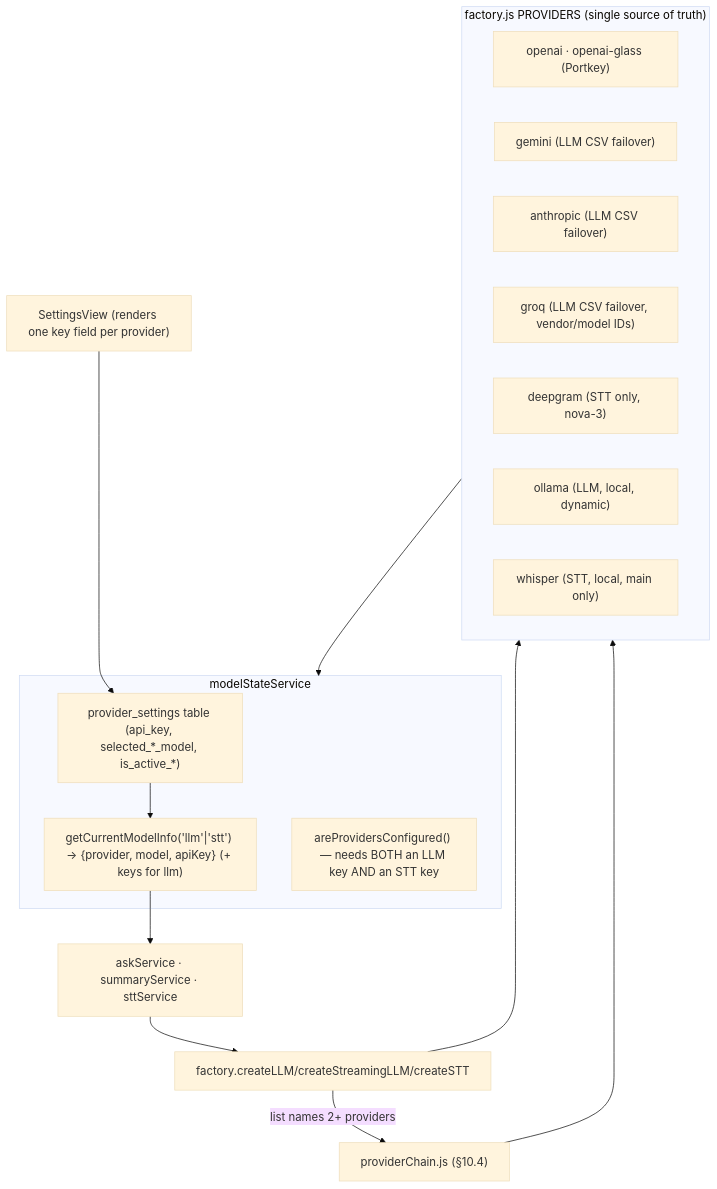
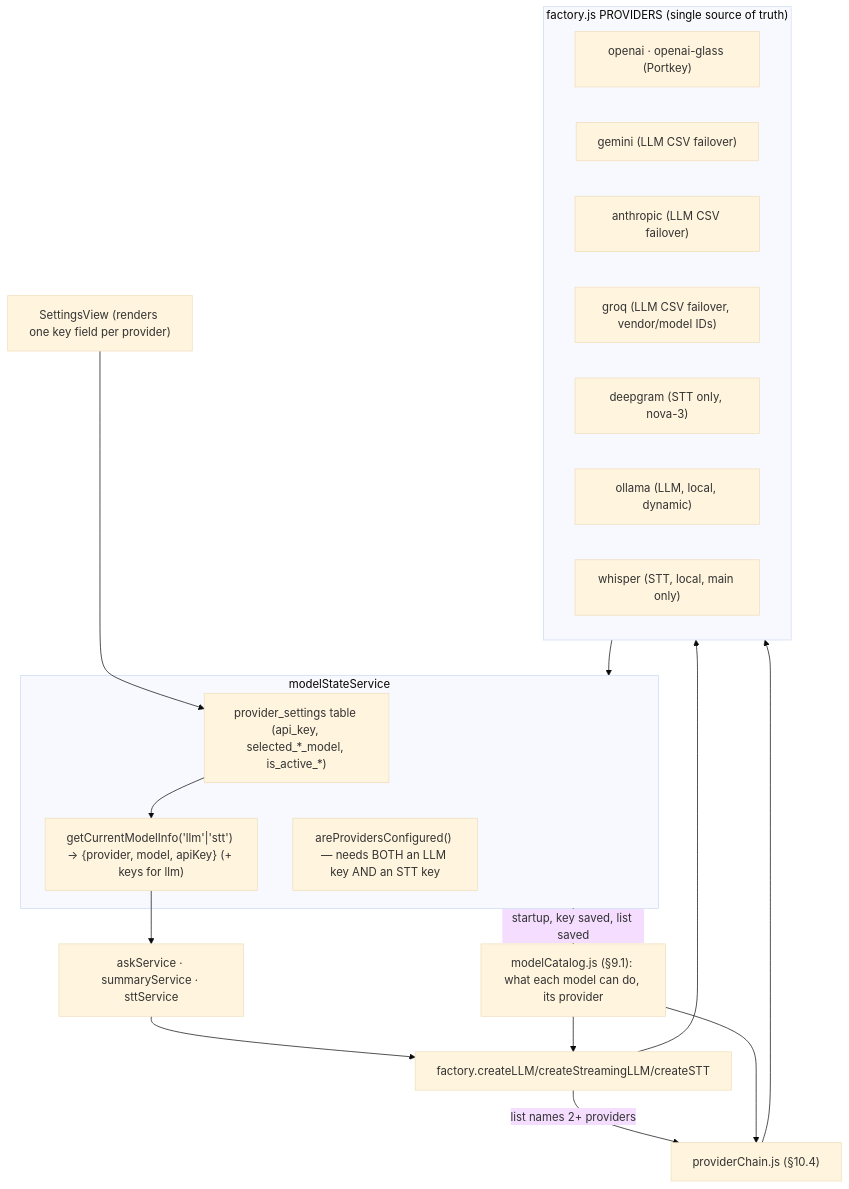
One commit to tas88-sys/glass changed the tenth of 17 diagrams in ARCHITECTURE.md. Above: the diagram before and after it, drawn with Mermaid (base theme). The commit also changed other lines of this file and 22 other files, not shown here.

First line of the commit message:
document the model catalog and add its spec

````diff
--- a/ARCHITECTURE.md
+++ b/ARCHITECTURE.md
@@ -552,22 +552,25 @@
 ```mermaid
 flowchart TB
     subgraph registry["factory.js PROVIDERS (single source of truth)"]
         r1["openai · openai-glass (Portkey)"]
         r3["gemini (LLM CSV failover)"]
         r4["anthropic (LLM CSV failover)"]
         r8["groq (LLM CSV failover, vendor/model IDs)"]
         r5["deepgram (STT only, nova-3)"]
         r6["ollama (LLM, local, dynamic)"]
         r7["whisper (STT, local, main only)"]
     end
     subgraph state["modelStateService"]
         keys["provider_settings table (api_key, selected_*_model, is_active_*)"]
         resolve["getCurrentModelInfo('llm'|'stt') -> {provider, model, apiKey} (+ keys for llm)"]
         gate["areProvidersConfigured() — needs BOTH an LLM key AND an STT key"]
     end
     consumers["askService · summaryService · sttService"]
     registry --> state
     keys --> resolve --> consumers --> dispatch["factory.createLLM/createStreamingLLM/createSTT"] --> registry
     dispatch -->|"list names 2+ providers"| chain["providerChain.js (§10.4)"] --> registry
     settingsui["SettingsView (renders one key field per provider)"] --> keys
+    catalog["modelCatalog.js (§9.1): what each model can do, its provider"] --> dispatch
+    catalog --> chain
+    state -->|"startup, key saved, list saved"| catalog
 ```
````
